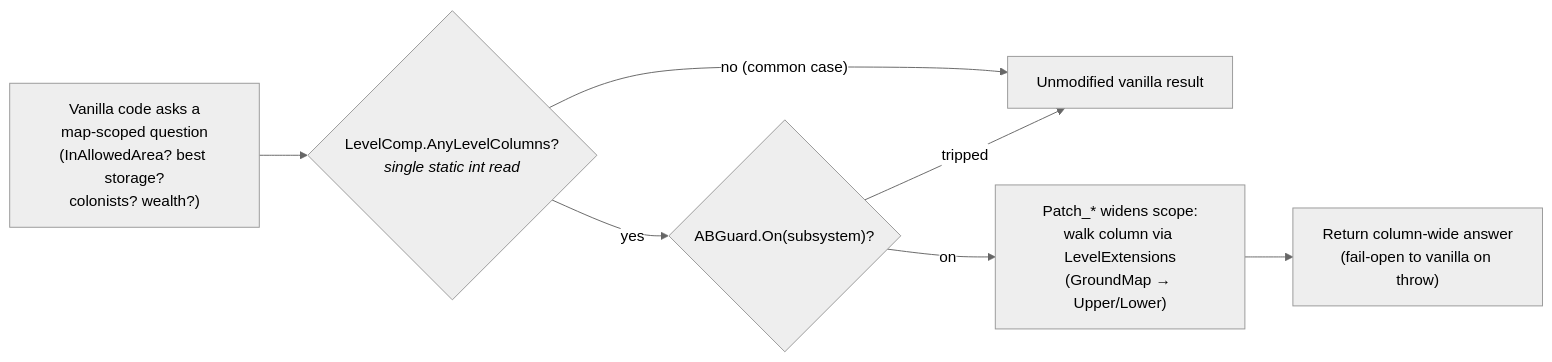
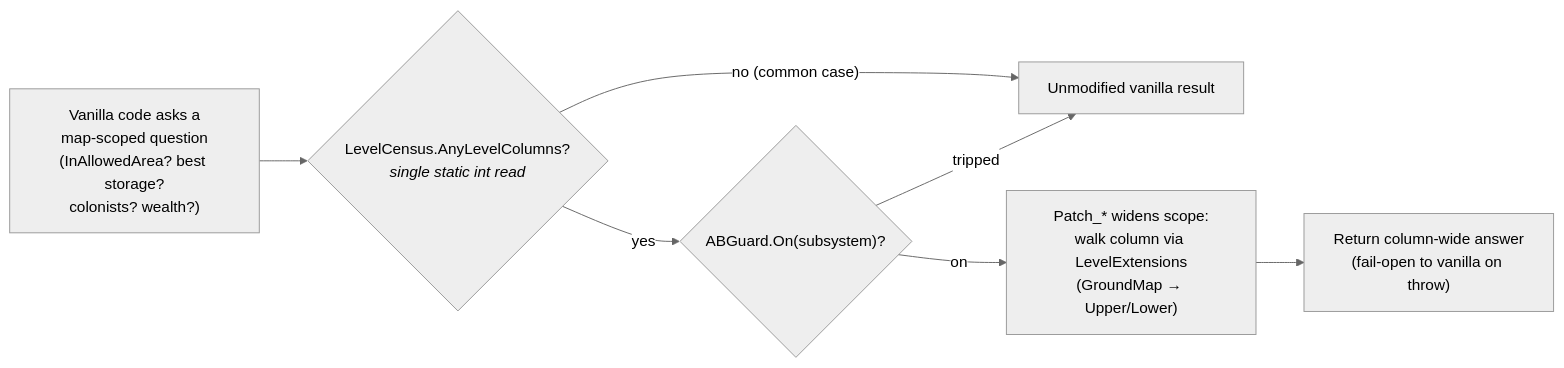
One commit to Astryls/As-above-So-below changed the third of 3 diagrams in ARCHITECTURE.md. Above: the diagram before and after it, drawn with Mermaid (neutral theme). The commit also changed other lines of this file and 1 other file, not shown here.

````diff
--- a/ARCHITECTURE.md
+++ b/ARCHITECTURE.md
@@ -185,15 +193,15 @@
 ```mermaid
 flowchart LR
     V["Vanilla code asks a<br/>map-scoped question<br/>(InAllowedArea? best storage?<br/>colonists? wealth?)"]
-    G{"LevelComp.AnyLevelColumns?<br/><i>single static int read</i>"}
+    G{"LevelCensus.AnyLevelColumns?<br/><i>single static int read</i>"}
     P["Patch_* widens scope:<br/>walk column via LevelExtensions<br/>(GroundMap → Upper/Lower)"]
     K{"ABGuard.On(subsystem)?"}
     R["Return column-wide answer<br/>(fail-open to vanilla on throw)"]
     Van["Unmodified vanilla result"]
 
     V --> G
     G -- "no (common case)" --> Van
     G -- "yes" --> K
     K -- "tripped" --> Van
     K -- "on" --> P --> R
 ```
````
